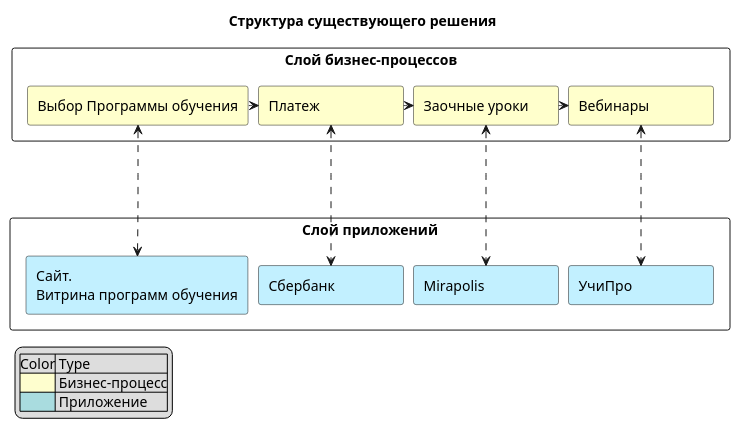
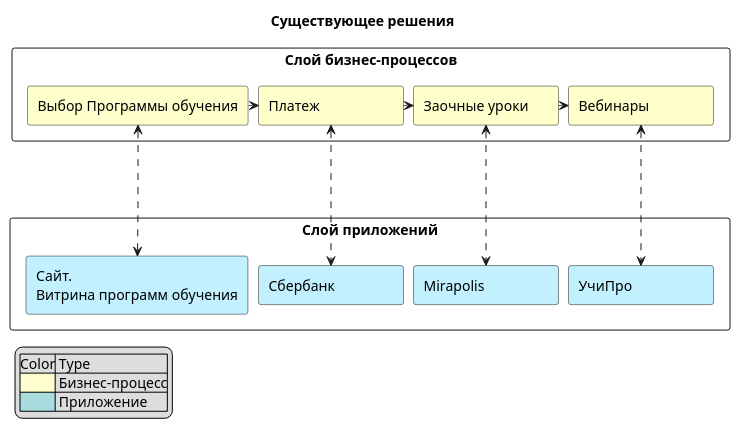
Before and after one commit to PortnovAlex80/node_js_pro: the diagram in api-warehouse/diagrams/medicomponentdia.iuml, drawn with PlantUML.

```diff
--- a/api-warehouse/diagrams/medicomponentdia.iuml
+++ b/api-warehouse/diagrams/medicomponentdia.iuml
@@ -1,38 +1,37 @@
 @startuml
 skinparam minClassWidth 125
 skinparam nodesep 10
 skinparam ranksep 10
 
-title "Структура существующего решения"
+title "Cуществующее решения"
 
 rectangle "Слой приложений" {
 rectangle Mirapolis as MP   #Application 
 rectangle УчиПро as UPR #Application 
 rectangle Сбербанк as SBRPAY #Application
 rectangle "Сайт. \nВитрина программ обучения" as SITE  #Application
 }
 
 rectangle "Слой бизнес-процессов" {
 rectangle "Заочные уроки" as OFFLINE #Business 
 rectangle "Вебинары" as WEBINAR #Business 
 rectangle "Платеж" as PAY #Business 
 rectangle "Выбор Программы обучения" as EDUPROG #Business
 }
 
 EDUPROG ...-Right....>  PAY 
 PAY ....-Right...>  OFFLINE 
 OFFLINE ....-Right...>  WEBINAR
 
 EDUPROG <.......> SITE  
 PAY <.......> SBRPAY
 OFFLINE <.......> MP
 WEBINAR <.......> UPR
 
 
 legend left
     |Color| Type |
     |<#FEFECE>| Бизнес-процесс|
     |<#A9DCDF>| Приложение|
 endlegend
-
 @enduml
```
